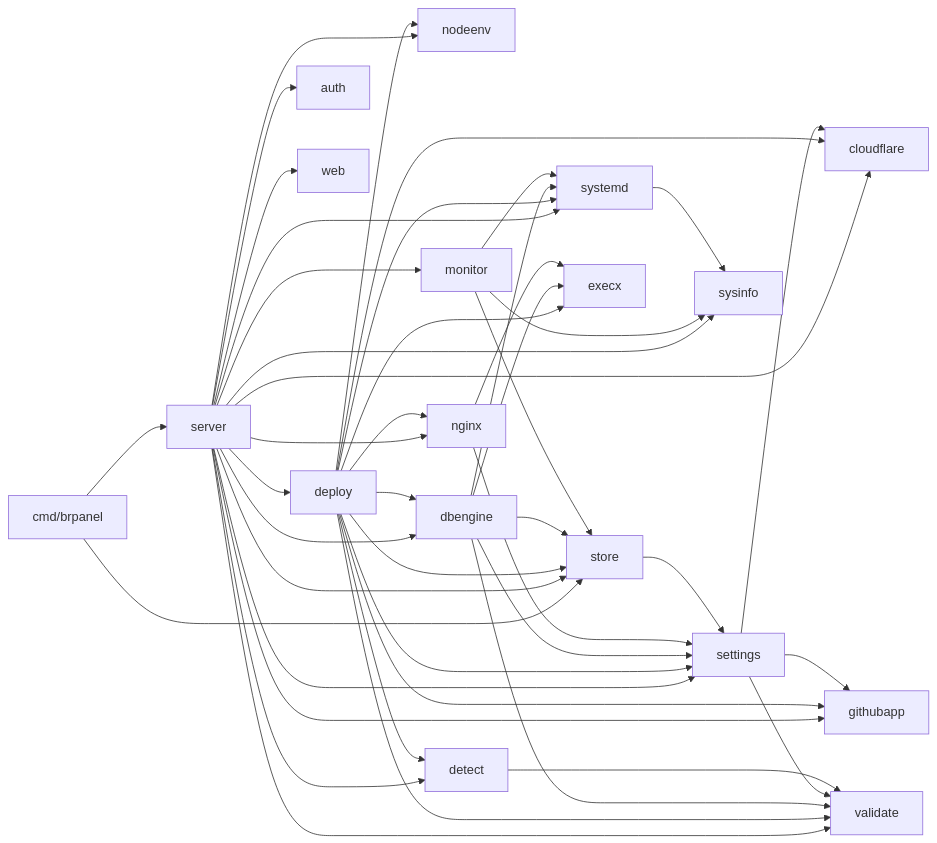
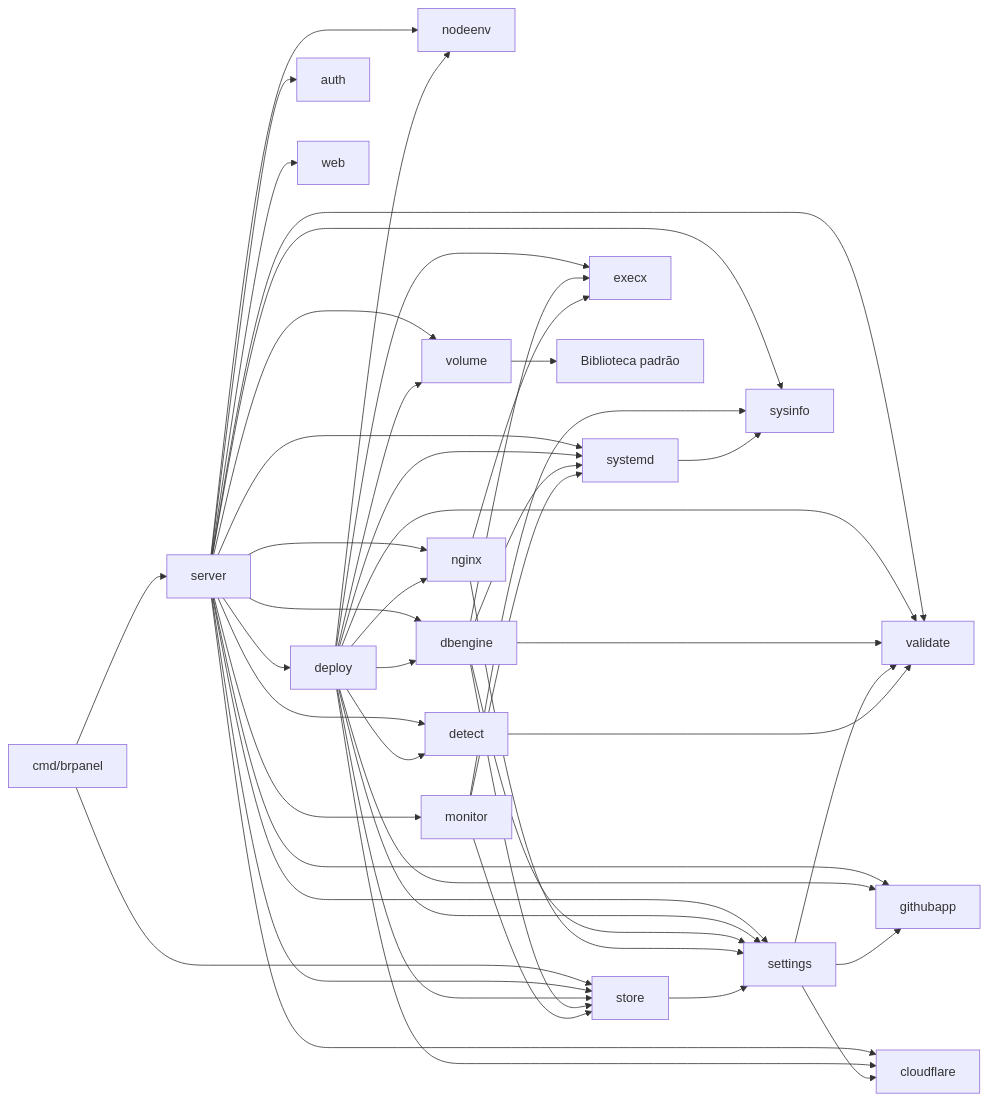
One commit to viniciusdev772/br_panel changed the diagram in docs/architecture.md. Above: the diagram before and after it, drawn with Mermaid. The commit also changed other lines of this file and 22 other files, not shown here.

````diff
--- a/docs/architecture.md
+++ b/docs/architecture.md
@@ -30,14 +31,15 @@
 ```mermaid
 graph LR
   cmd[cmd/brpanel] --> server
   cmd --> store
-  server --> cloudflare & nodeenv & dbengine & deploy & monitor & auth & settings & store & githubapp & nginx & detect & systemd & sysinfo & validate & web
-  deploy --> cloudflare & nodeenv & detect & nginx & githubapp & settings & store & systemd & validate & execx & dbengine
+  server --> cloudflare & nodeenv & dbengine & deploy & monitor & auth & settings & store & githubapp & nginx & detect & systemd & sysinfo & validate & volume & web
+  deploy --> cloudflare & nodeenv & detect & nginx & githubapp & settings & store & systemd & validate & execx & dbengine & volume
   dbengine --> settings & store & systemd & validate & execx
   monitor --> store & sysinfo & systemd
   nginx --> settings & execx
+  volume --> stdlib[Biblioteca padrão]
   store --> settings
   settings --> cloudflare & githubapp & validate
   systemd --> sysinfo
   detect --> validate
 ```
````
